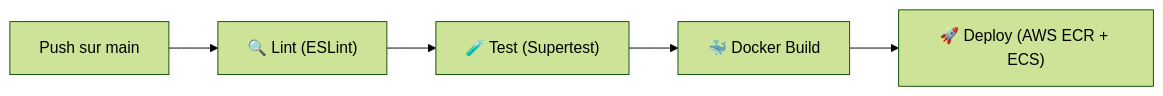
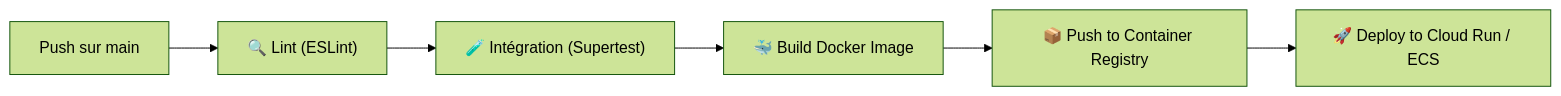
Before and after one commit to flavienderoy/myvisuals-back: the eighth of 8 diagrams in docs/RNCP_Bloc2/dossier_technique.md, drawn with Mermaid (forest theme). The commit also changed other lines of this file and 8 other files, not shown here.

````diff
--- a/docs/RNCP_Bloc2/dossier_technique.md
+++ b/docs/RNCP_Bloc2/dossier_technique.md
@@ -959,7 +1386,8 @@
 ```mermaid
 graph LR
     A["Push sur main"] --> B["🔍 Lint (ESLint)"]
-    B --> C["🧪 Test (Supertest)"]
-    C --> D["🐳 Docker Build"]
-    D --> E["🚀 Deploy (AWS ECR + ECS)"]
+    B --> C["🧪 Intégration (Supertest)"]
+    C --> D["🐳 Build Docker Image"]
+    D --> E["📦 Push to Container Registry"]
+    E --> F["🚀 Deploy to Cloud Run / ECS"]
 ```
````
